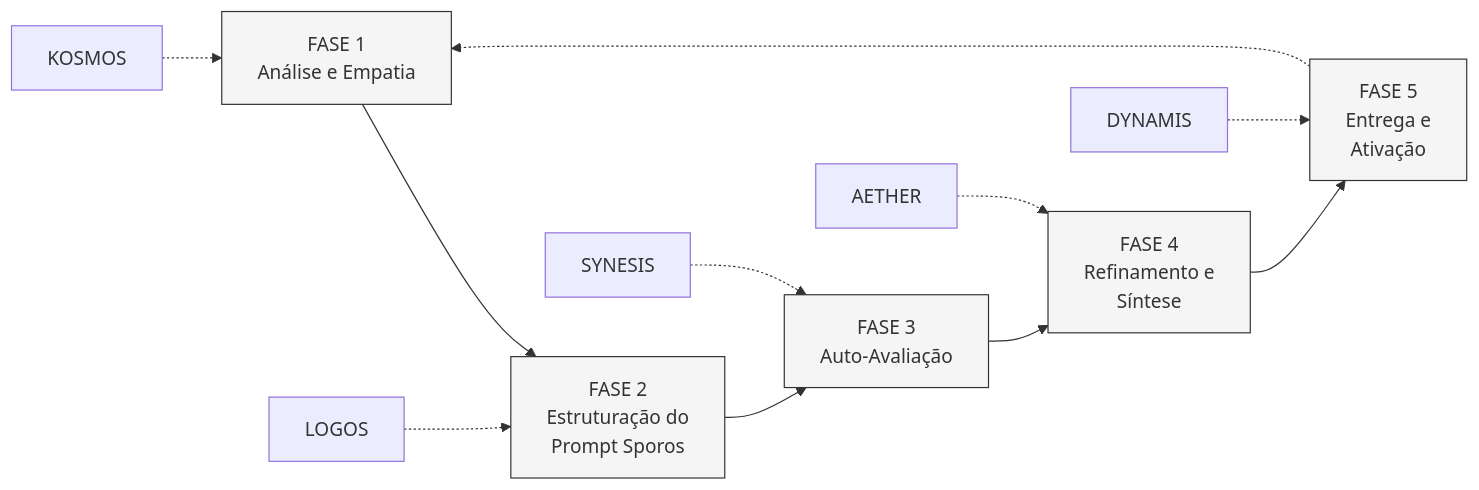
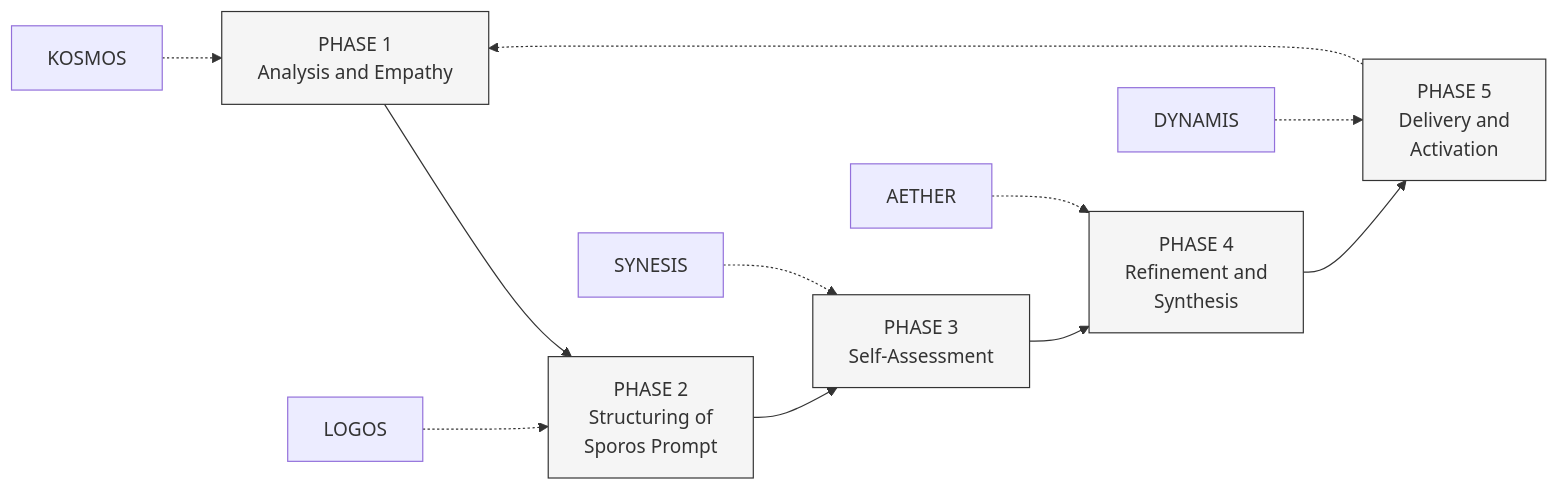
The third of 3 diagrams in visual-diagram.md (ekson73/kosmologogenesis), drawn with Mermaid before and after one commit. The commit also changed other lines of this file and 11 other files, not shown here.

````diff
--- a/visual-diagram.md
+++ b/visual-diagram.md
@@ -106,22 +106,22 @@
 ```mermaid
 graph LR
     classDef phase fill:#f5f5f5,stroke:#333,stroke-width:1px
     
-    A[FASE 1<br>Análise e Empatia] --> B[FASE 2<br>Estruturação do<br>Prompt Sporos]
-    B --> C[FASE 3<br>Auto-Avaliação]
-    C --> D[FASE 4<br>Refinamento e<br>Síntese]
-    D --> E[FASE 5<br>Entrega e<br>Ativação]
+    A[PHASE 1<br>Analysis and Empathy] --> B[PHASE 2<br>Structuring of<br>Sporos Prompt]
+    B --> C[PHASE 3<br>Self-Assessment]
+    C --> D[PHASE 4<br>Refinement and<br>Synthesis]
+    D --> E[PHASE 5<br>Delivery and<br>Activation]
     E -.-> A
     
     KOSMOS[KOSMOS] -.-> A
     LOGOS[LOGOS] -.-> B
     SYNESIS[SYNESIS] -.-> C
     AETHER[AETHER] -.-> D
     DYNAMIS[DYNAMIS] -.-> E
     
     class A phase
     class B phase
     class C phase
     class D phase
     class E phase
 ```
````
